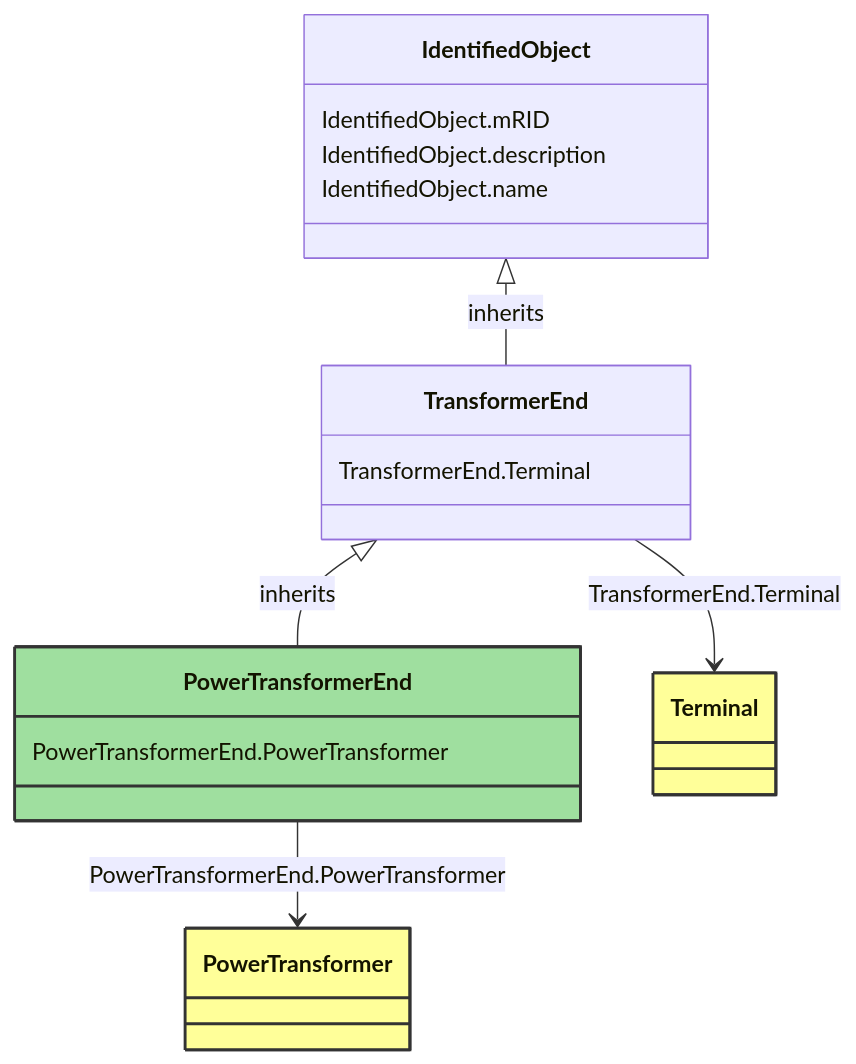
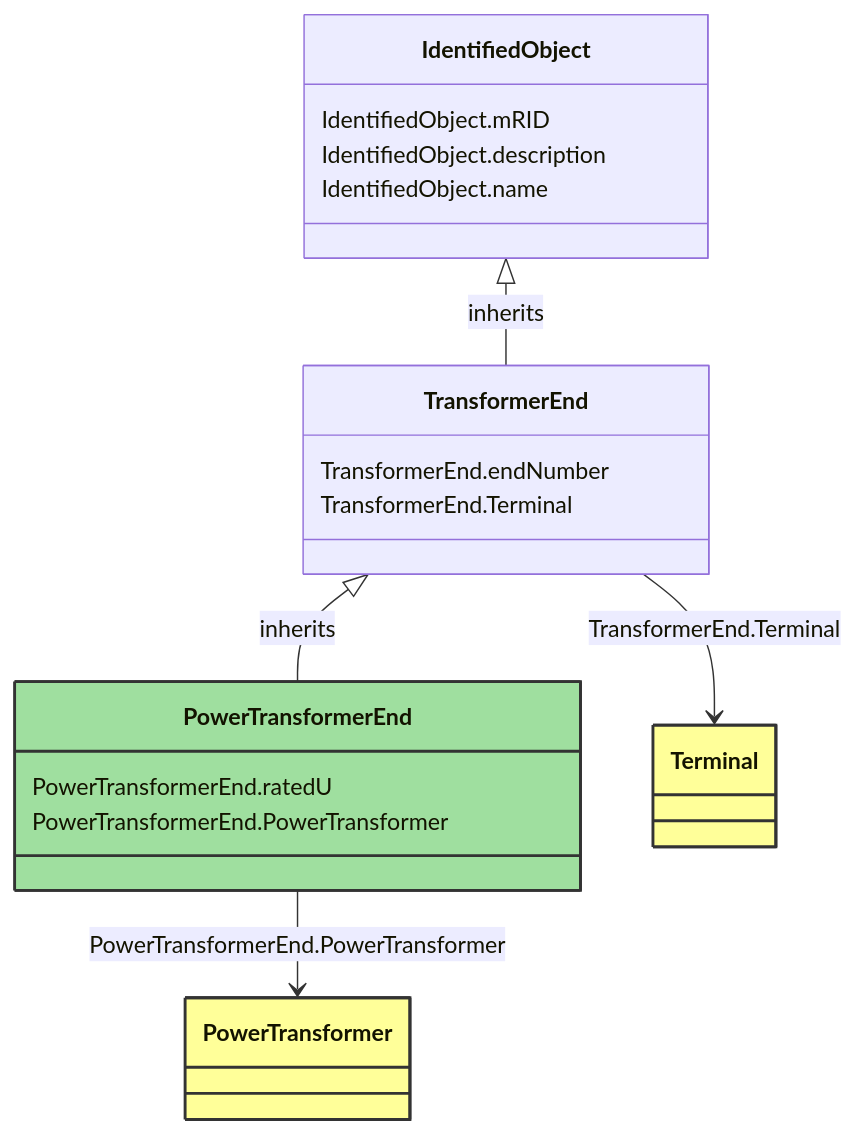
One commit to 3lbits/NoCIMExtensions changed the diagram in docs/WattApp/PowerTransformerEnd.md. Above: the diagram before and after it, drawn with Mermaid. The commit also changed other lines of this file and 9 other files, not shown here.

````diff
--- a/docs/WattApp/PowerTransformerEnd.md
+++ b/docs/WattApp/PowerTransformerEnd.md
@@ -14,36 +14,38 @@
 ```mermaid
 classDiagram
     class PowerTransformerEnd
     click PowerTransformerEnd href "/WattApp/PowerTransformerEnd/"
     style PowerTransformerEnd fill:#9fdf9f,stroke:#333,stroke-width:2px,rx:10,ry:10
 
         TransformerEnd <|-- PowerTransformerEnd : inherits
             click TransformerEnd href "/WattApp/TransformerEnd/"
             style TransformerEnd rx:10,ry:10
 
         PowerTransformerEnd
             click PowerTransformerEnd href "/WattApp/PowerTransformerEnd/"
             style PowerTransformerEnd rx:10,ry:10
 
         IdentifiedObject <|-- TransformerEnd : inherits
             click IdentifiedObject href "/WattApp/IdentifiedObject/"
             style IdentifiedObject rx:10,ry:10
 
         PowerTransformerEnd --> PowerTransformer : PowerTransformerEnd.PowerTransformer
 
         PowerTransformer
             click PowerTransformer href "/WattApp/PowerTransformer/"
             style PowerTransformer fill:#ffff99,stroke:#333,stroke-width:2px,rx:10,ry:10
         TransformerEnd --> Terminal : TransformerEnd.Terminal
 
         Terminal
             click Terminal href "/WattApp/Terminal/"
             style Terminal fill:#ffff99,stroke:#333,stroke-width:2px,rx:10,ry:10
 
 
+        PowerTransformerEnd : PowerTransformerEnd.ratedU
         PowerTransformerEnd : PowerTransformerEnd.PowerTransformer
+        TransformerEnd : TransformerEnd.endNumber
         TransformerEnd : TransformerEnd.Terminal
         IdentifiedObject : IdentifiedObject.mRID
         IdentifiedObject : IdentifiedObject.description
         IdentifiedObject : IdentifiedObject.name
 ```
````
